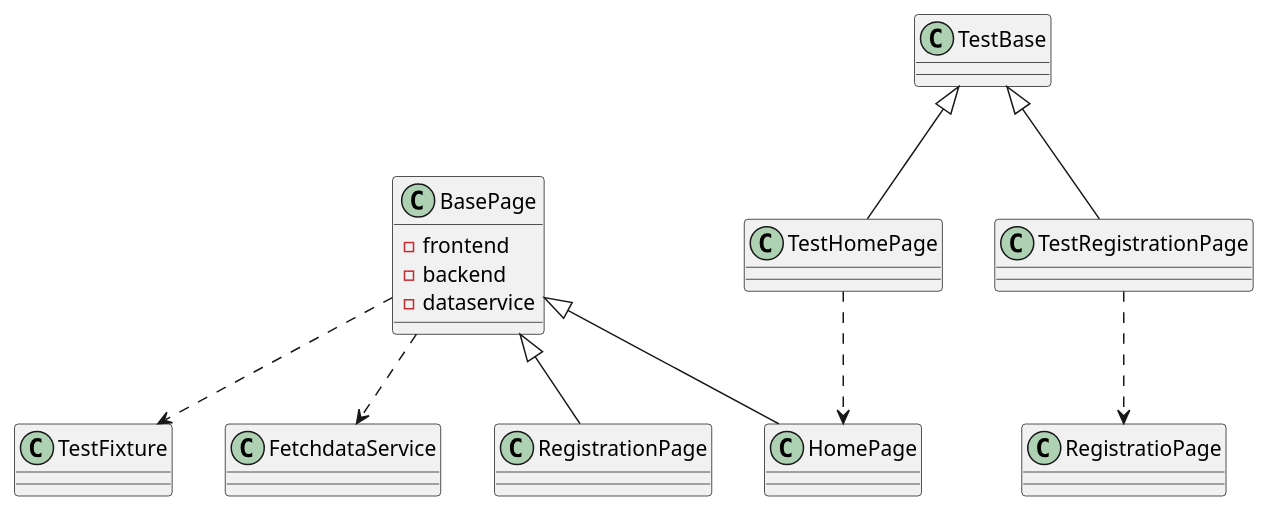
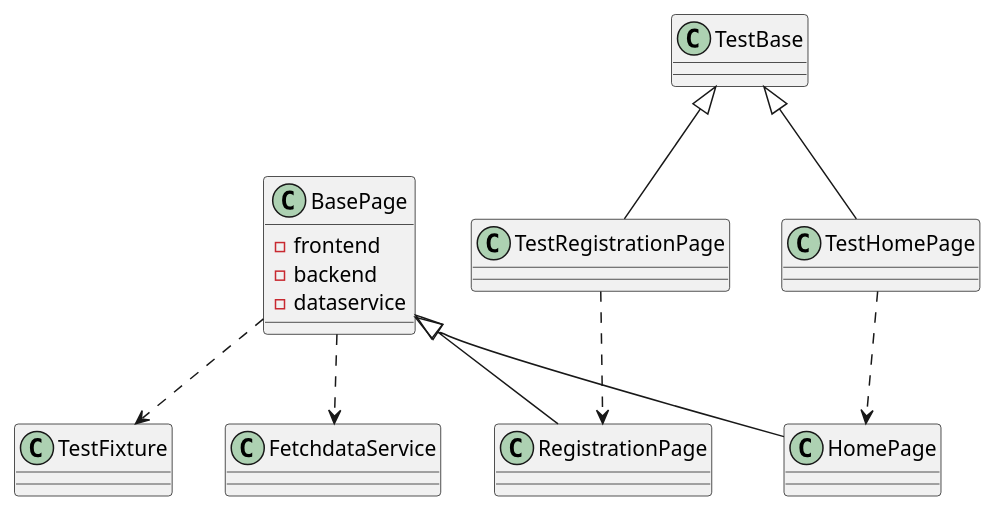
One commit to susmita-t/testautomation changed the diagram in class_diagram.puml. Above: the diagram before and after it, drawn with PlantUML.

```diff
--- a/class_diagram.puml
+++ b/class_diagram.puml
@@ -1,28 +1,27 @@
 @startuml
     class TestFixture
     class FetchdataService
     
     class BasePage
         BasePage : -frontend
         BasePage : -backend
         BasePage : -dataservice
     class HomePage
     class RegistrationPage
     
     class TestBase
     class TestHomePage
     class TestRegistrationPage
     
     
     BasePage <|-- HomePage
     BasePage <|-- RegistrationPage
     TestBase <|-- TestHomePage
     TestBase <|-- TestRegistrationPage
     
     BasePage ..> TestFixture
     BasePage ..> FetchdataService
     
     TestHomePage ..> HomePage
-    TestRegistrationPage ..> RegistratioPage
-    
+    TestRegistrationPage ..> RegistrationPage
 @enduml
```
